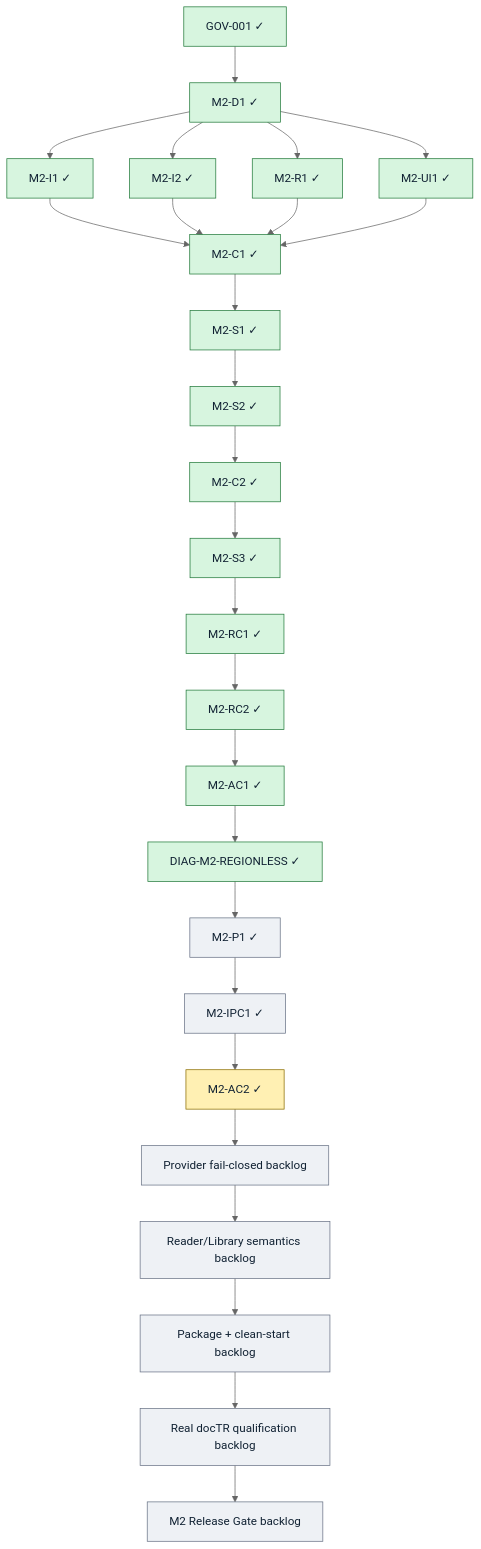
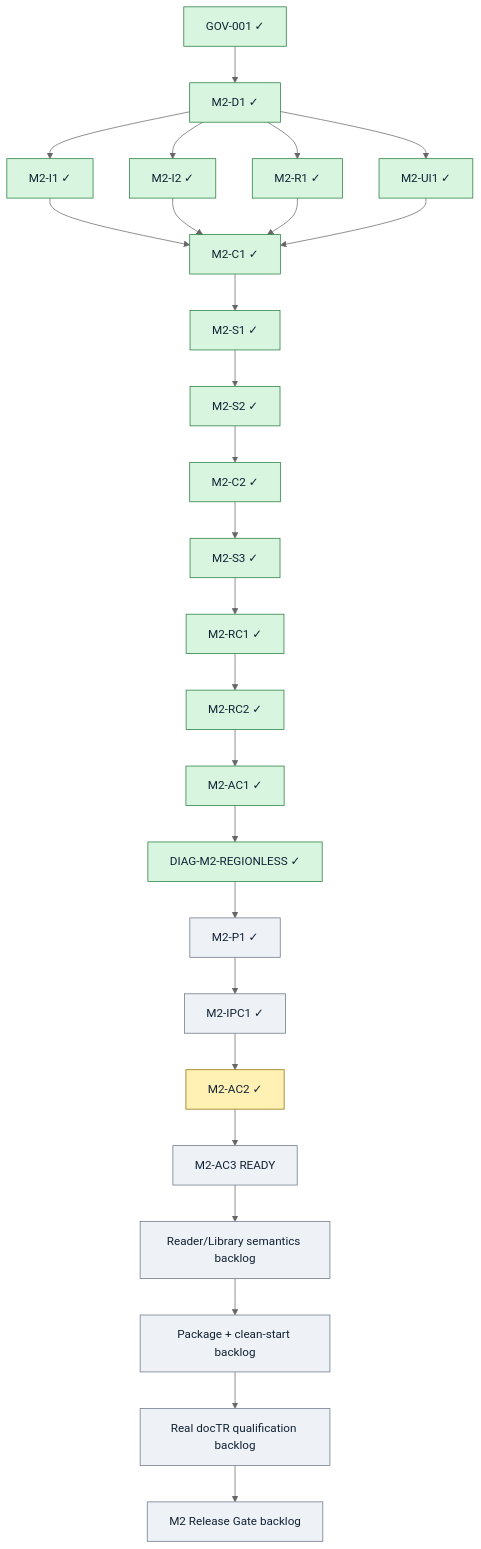
The diagram in doc/REBASELINE_PLAN.md (peakwheat-pixel/New-Manga), drawn with Mermaid (neutral theme) before and after one commit. The commit also changed other lines of this file and 6 other files, not shown here.

First line of the commit message:
docs: release M2-AC3 provider fail-closed acceptance (ready, base=319c5e4b, owner=ZCode, pure acceptance)

````diff
--- a/doc/REBASELINE_PLAN.md
+++ b/doc/REBASELINE_PLAN.md
@@ -55,28 +56,28 @@
 ```mermaid
 flowchart TD
   GOV["GOV-001 ✓"] --> D1["M2-D1 ✓"]
   D1 --> I1["M2-I1 ✓"]
   D1 --> I2["M2-I2 ✓"]
   D1 --> R1["M2-R1 ✓"]
   D1 --> UI1["M2-UI1 ✓"]
   I1 --> C1["M2-C1 ✓"]
   I2 --> C1
   R1 --> C1
   UI1 --> C1
   C1 --> S1["M2-S1 ✓"] --> S2["M2-S2 ✓"] --> C2["M2-C2 ✓"] --> S3["M2-S3 ✓"] --> RC1["M2-RC1 ✓"] --> RC2["M2-RC2 ✓"] --> AC1["M2-AC1 ✓"]
   AC1 --> DIAG["DIAG-M2-REGIONLESS ✓"]
   DIAG --> P1["M2-P1 ✓"]
   P1 --> IPC1["M2-IPC1 ✓"]
   IPC1 --> AC2["M2-AC2 ✓"]
-  AC2 --> AC3["Provider fail-closed backlog"]
+  AC2 --> AC3["M2-AC3 READY"]
   AC3 --> AC4["Reader/Library semantics backlog"]
   AC4 --> PKG["Package + clean-start backlog"]
   PKG --> ML["Real docTR qualification backlog"]
   ML --> RG["M2 Release Gate backlog"]
   classDef done fill:#d7f5df,stroke:#237a3b,color:#123;
   classDef ready fill:#fff0b3,stroke:#8a6d00,color:#123;
   classDef planned fill:#eef1f5,stroke:#697386,color:#123;
   class GOV,D1,I1,I2,R1,UI1,C1,S1,S2,C2,S3,RC1,RC2,AC1,DIAG,P1 done;
   class P1,IPC1,AC3,AC4,PKG,ML,RG planned;
   class AC2 ready;
 ```
````
